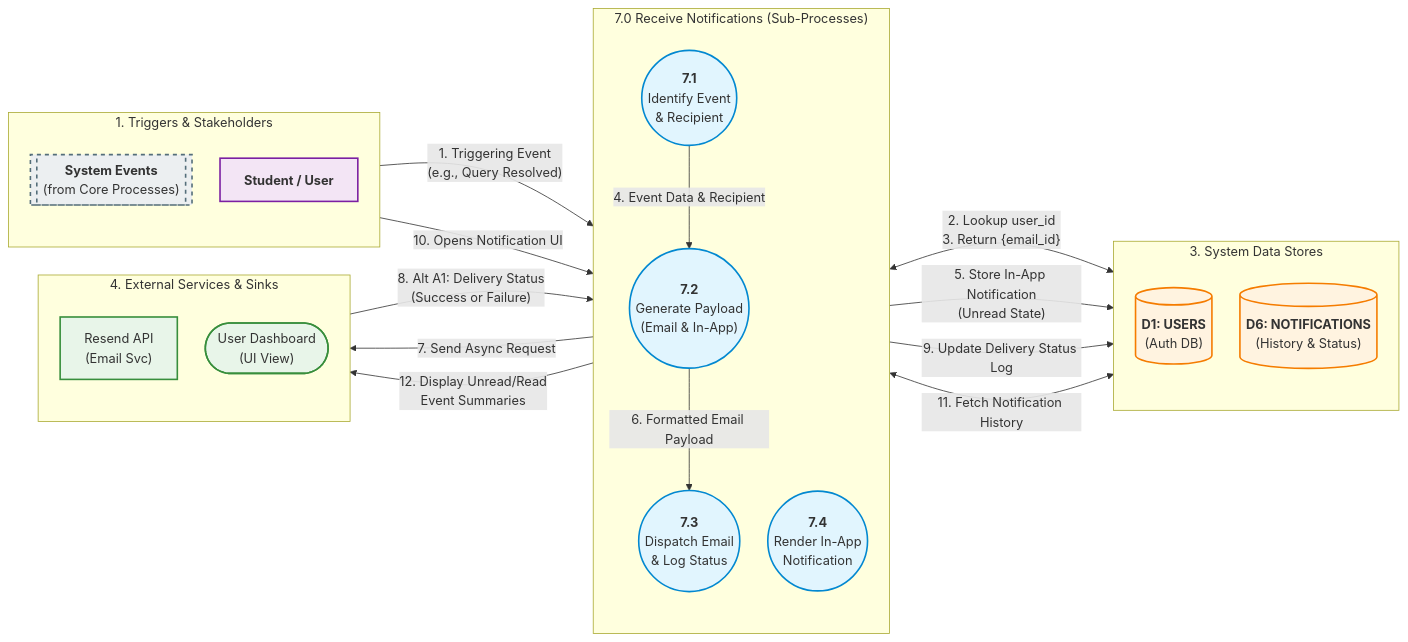
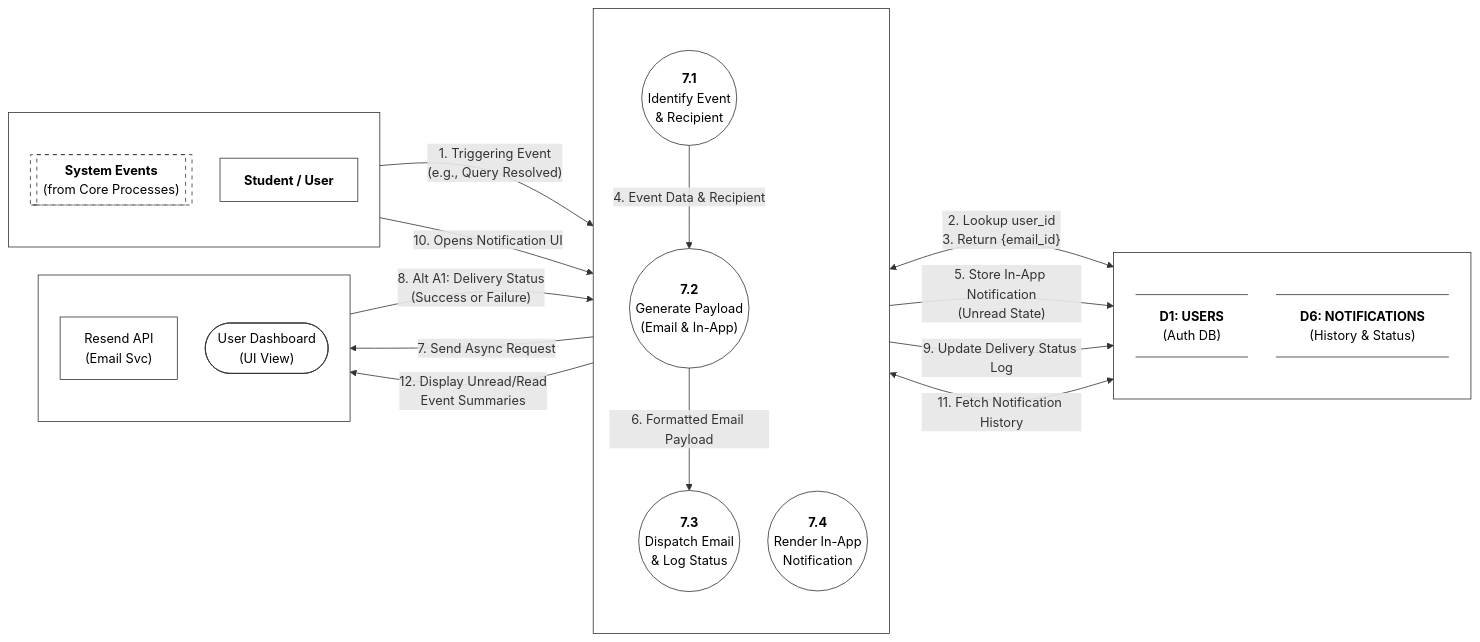
Before and after one commit to aryanhrc3428/Semester-5: the diagram in SE/ideathon/documents/L2-DFD-S07.mmd, drawn with Mermaid. The commit also changed 21 other files, not shown here.

```diff
--- a/SE/ideathon/documents/L2-DFD-S07.mmd
+++ b/SE/ideathon/documents/L2-DFD-S07.mmd
@@ -1,85 +1,90 @@
 %%{init: {
   "flowchart": {
     "htmlLabels": true,
     "nodeSpacing": 35,
     "rankSpacing": 80,
     "padding": 15
   }
 }}%%
 flowchart LR
 
     %% -------------------------------------------------------------
     %% COLUMN 1: TRIGGERS & ACTORS
     %% -------------------------------------------------------------
-    subgraph Triggers ["1. Triggers & Stakeholders"]
+    subgraph Triggers [" "]
         direction TB
         SysEvents[["<b>System Events</b><br/>(from Core Processes)"]]
         Student["<b>Student / User</b>"]
     end
 
     %% -------------------------------------------------------------
     %% COLUMN 2: SUB-PROCESSES (Decomposition of 7.0)
     %% -------------------------------------------------------------
-    subgraph SubProcesses ["7.0 Receive Notifications (Sub-Processes)"]
+    subgraph SubProcesses [" "]
         direction TB
-        P7_1(("<b>7.1</b><br/>Identify Event<br/>& Recipient"))
-        P7_2(("<b>7.2</b><br/>Generate Payload<br/>(Email & In-App)"))
-        P7_3(("<b>7.3</b><br/>Dispatch Email<br/>& Log Status"))
+        P7_1(("<b>7.1</b><br/>Identify Event<br/>&amp; Recipient"))
+        P7_2(("<b>7.2</b><br/>Generate Payload<br/>(Email &amp; In-App)"))
+        P7_3(("<b>7.3</b><br/>Dispatch Email<br/>&amp; Log Status"))
         P7_4(("<b>7.4</b><br/>Render In-App<br/>Notification"))
     end
 
     %% -------------------------------------------------------------
     %% COLUMN 3: DATA STORES
     %% -------------------------------------------------------------
-    subgraph DataStores ["3. System Data Stores"]
+    subgraph DataStores [" "]
         direction TB
-        D1[("<b>D1: USERS</b><br/>(Auth DB)")]
-        D6[("<b>D6: NOTIFICATIONS</b><br/>(History & Status)")]
+        D1@{ shape: datastore, label: "<b>D1: USERS</b><br/>(Auth DB)" }
+        D6@{ shape: datastore, label: "<b>D6: NOTIFICATIONS</b><br/>(History & Status)" }
     end
 
     %% -------------------------------------------------------------
     %% COLUMN 4: EXTERNAL SERVICES & SINKS
     %% -------------------------------------------------------------
-    subgraph ExtServices ["4. External Services & Sinks"]
+    subgraph ExtServices [" "]
         direction TB
         ExtEmail["Resend API<br/>(Email Svc)"]
         UserDashboard(["User Dashboard<br/>(UI View)"])
     end
 
     %% =============================================================
     %% DATA FLOWS
     %% =============================================================
 
     %% --- 7.1 Identify Recipient ---
     SysEvents -->|"1. Triggering Event<br/>(e.g., Query Resolved)"| P7_1
     P7_1 <-->|"2. Lookup user_id<br/>3. Return {email_id}"| D1
     
     %% --- 7.2 Generate Payload ---
     P7_1 -->|"4. Event Data & Recipient"| P7_2
     P7_2 -->|"5. Store In-App Notification<br/>(Unread State)"| D6
     
     %% --- 7.3 Dispatch Email ---
     P7_2 -->|"6. Formatted Email Payload"| P7_3
     P7_3 -->|"7. Send Async Request"| ExtEmail
     ExtEmail -->|"8. Alt A1: Delivery Status<br/>(Success or Failure)"| P7_3
     P7_3 -->|"9. Update Delivery Status Log"| D6
     
     %% --- 7.4 Render In-App Notification ---
     Student -->|"10. Opens Notification UI"| P7_4
     P7_4 <-->|"11. Fetch Notification History"| D6
     P7_4 -->|"12. Display Unread/Read<br/>Event Summaries"| UserDashboard
 
     %% -------------------------------------------------------------
     %% STYLING
     %% -------------------------------------------------------------
-    classDef processStyle fill:#e1f5fe,stroke:#0288d1,stroke-width:2px;
-    classDef storeStyle fill:#fff3e0,stroke:#f57c00,stroke-width:2px;
-    classDef actorStyle fill:#f3e5f5,stroke:#7b1fa2,stroke-width:2px;
-    classDef extStyle fill:#e8f5e9,stroke:#388e3c,stroke-width:2px;
-    classDef triggerStyle fill:#eceff1,stroke:#546e7a,stroke-width:2px,stroke-dasharray: 5 5;
+    classDef processStyle fill:#fff,stroke:#333,stroke-width:1px,color:#000
+    classDef storeStyle fill:#fff,stroke:#333,stroke-width:1px,color:#000
+    classDef actorStyle fill:#fff,stroke:#333,stroke-width:1px,color:#000
+    classDef extStyle fill:#fff,stroke:#333,stroke-width:1px,color:#000
+    classDef triggerStyle fill:#fff,stroke:#333,stroke-width:1px,color:#000,stroke-dasharray: 5 5
 
     class P7_1,P7_2,P7_3,P7_4 processStyle;
     class D1,D6 storeStyle;
     class Student actorStyle;
     class SysEvents triggerStyle;
     class ExtEmail,UserDashboard extStyle;
+
+    style Triggers fill:none,stroke:#333,stroke-width:1px
+    style SubProcesses fill:none,stroke:#333,stroke-width:1px
+    style DataStores fill:none,stroke:#333,stroke-width:1px
+    style ExtServices fill:none,stroke:#333,stroke-width:1px
```
